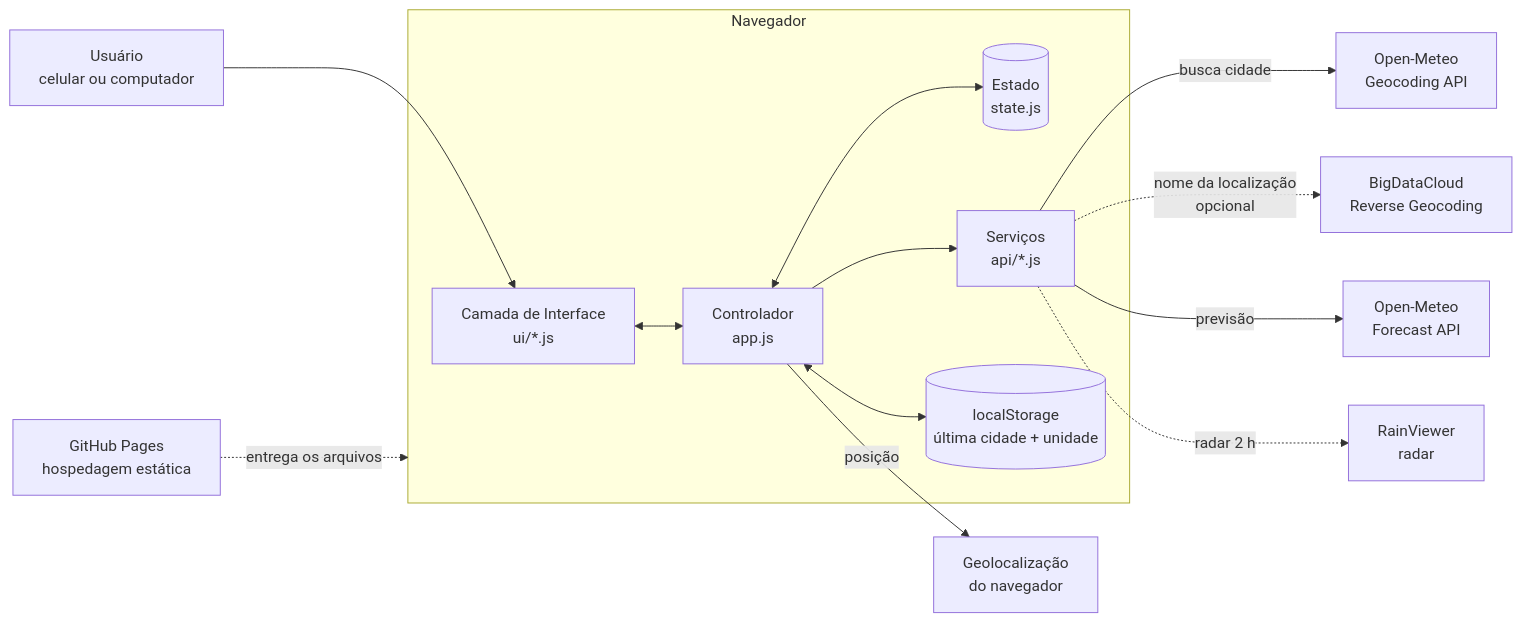
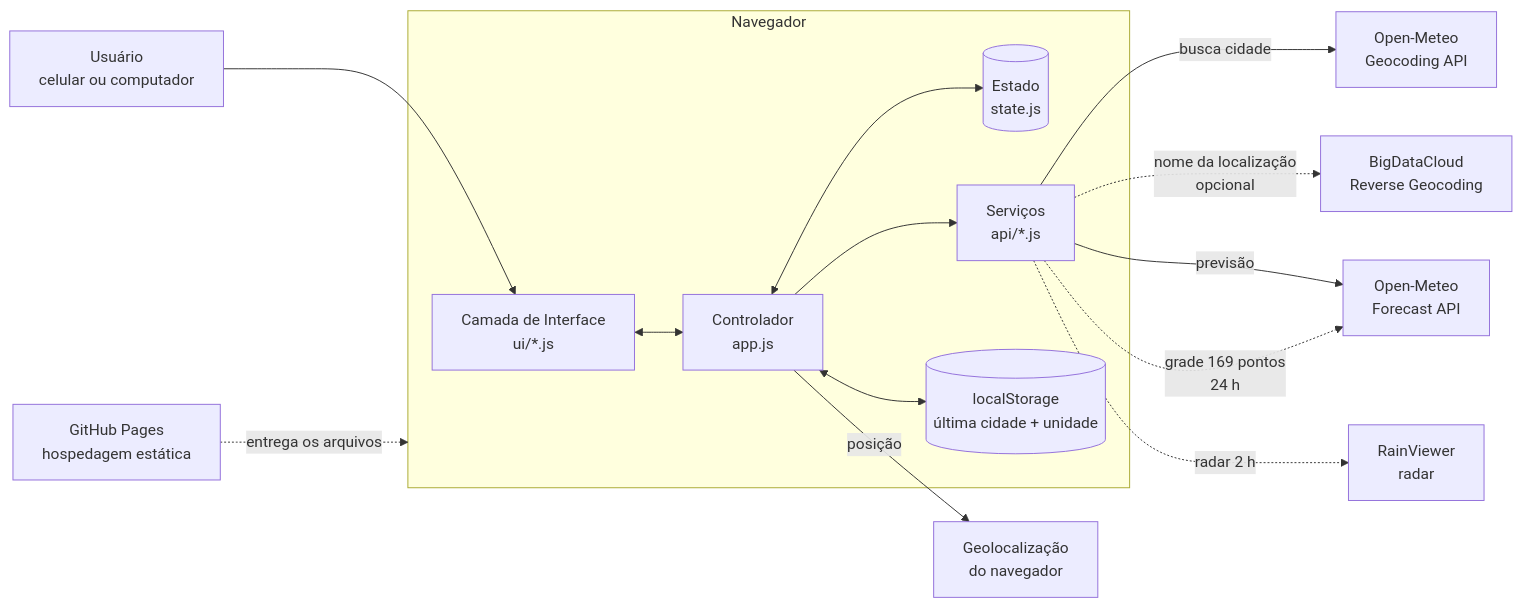
Before and after one commit to dalmoacosta-EmetOS/previsao-tempo: the first of 2 diagrams in docs/02-arquitetura.md, drawn with Mermaid. The commit also changed other lines of this file and 10 other files, not shown here.

````diff
--- a/docs/02-arquitetura.md
+++ b/docs/02-arquitetura.md
@@ -7,24 +7,25 @@
 ```mermaid
 flowchart LR
     U[Usuário<br/>celular ou computador] --> UI
 
     subgraph Navegador
         UI[Camada de Interface<br/>ui/*.js]
         APP[Controlador<br/>app.js]
         STATE[(Estado<br/>state.js)]
         SVC[Serviços<br/>api/*.js]
         STORE[(localStorage<br/>última cidade + unidade)]
         UI <--> APP
         APP <--> STATE
         APP --> SVC
         APP <--> STORE
     end
 
     SVC -->|busca cidade| GEO[Open-Meteo<br/>Geocoding API]
     SVC -.->|nome da localização<br/>opcional| RG[BigDataCloud<br/>Reverse Geocoding]
     SVC -->|previsão| FC[Open-Meteo<br/>Forecast API]
     SVC -.->|radar 2 h| RV[RainViewer<br/>radar]
+    SVC -.->|grade 169 pontos<br/>24 h| FC
     APP -->|posição| GPS[Geolocalização<br/>do navegador]
 
     HOST[GitHub Pages<br/>hospedagem estática] -. entrega os arquivos .-> Navegador
 ```
````
